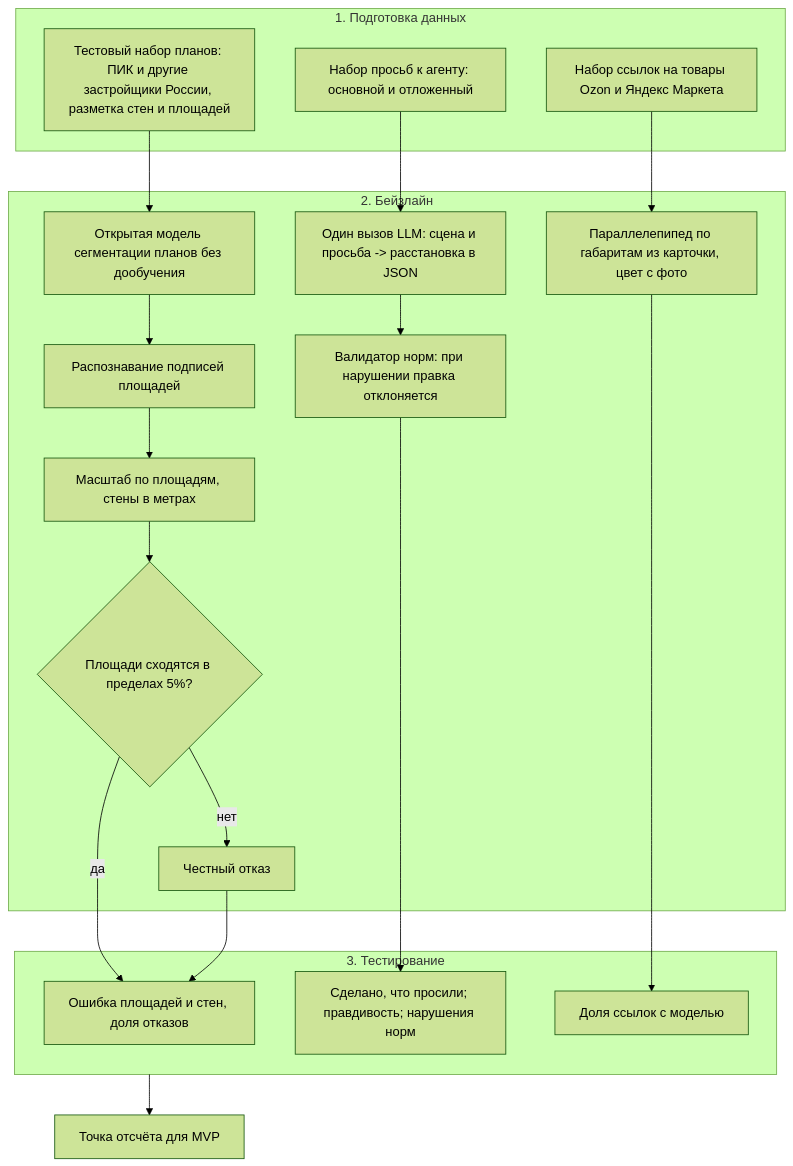
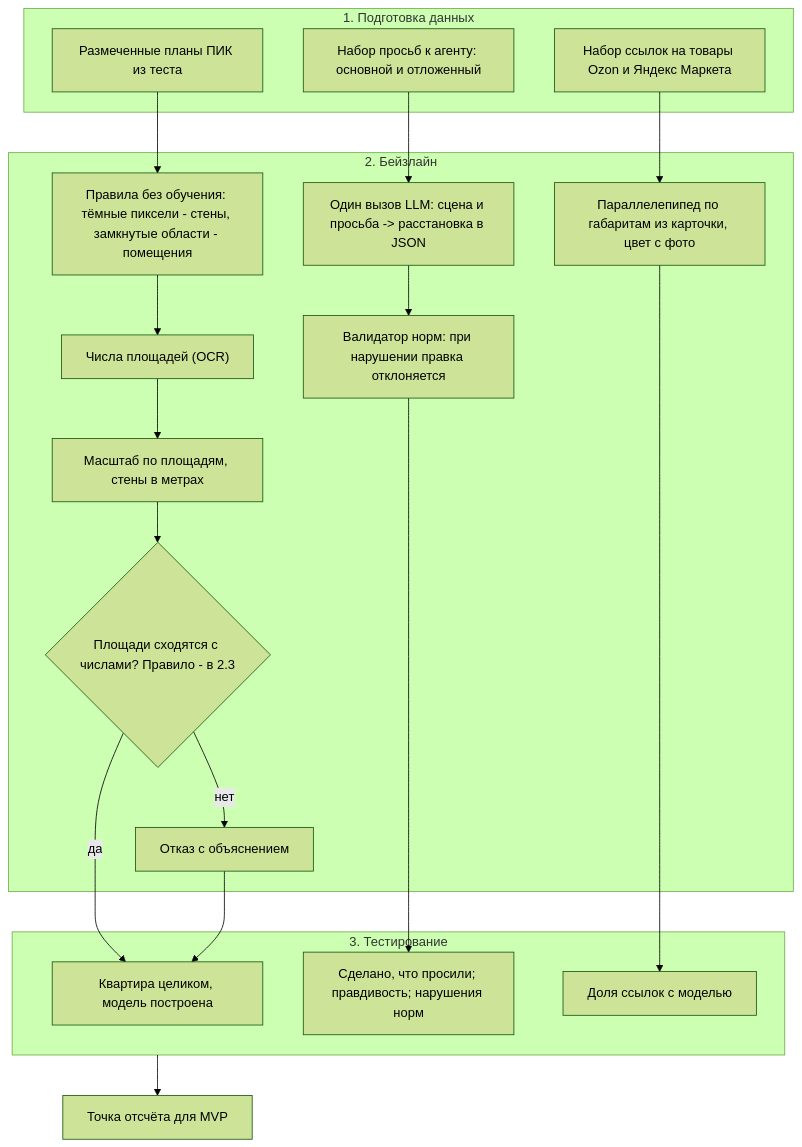
The first of 2 diagrams in docs/ml_system_design_doc.md (dpGorbunov/svoya-planirovka-mlsd), drawn with Mermaid (forest theme) before and after one commit. The commit also changed other lines of this file and 4 other files, not shown here.

````diff
--- a/docs/ml_system_design_doc.md
+++ b/docs/ml_system_design_doc.md
@@ -201,27 +285,27 @@
 ```mermaid
 flowchart TD
   subgraph D["1. Подготовка данных"]
-    D1["Тестовый набор планов: ПИК и другие застройщики России, разметка стен и площадей"]
+    D1["Размеченные планы ПИК из теста"]
     D2["Набор просьб к агенту: основной и отложенный"]
     D3["Набор ссылок на товары Ozon и Яндекс Маркета"]
   end
   subgraph M["2. Бейзлайн"]
-    M1["Открытая модель сегментации планов без дообучения"] --> M2["Распознавание подписей площадей"] --> M3["Масштаб по площадям, стены в метрах"] --> M7{"Площади сходятся в пределах 5%?"}
-    M7 -->|нет| M8["Честный отказ"]
+    M1["Правила без обучения: тёмные пиксели - стены, замкнутые области - помещения"] --> M2["Числа площадей (OCR)"] --> M3["Масштаб по площадям, стены в метрах"] --> M7{"Площади сходятся с числами? Правило - в 2.3"}
+    M7 -->|нет| M8["Отказ с объяснением"]
     M4["Один вызов LLM: сцена и просьба -> расстановка в JSON"] --> M5["Валидатор норм: при нарушении правка отклоняется"]
     M6["Параллелепипед по габаритам из карточки, цвет с фото"]
   end
   subgraph T["3. Тестирование"]
-    T1["Ошибка площадей и стен, доля отказов"]
+    T1["Квартира целиком, модель построена"]
     T2["Сделано, что просили; правдивость; нарушения норм"]
     T3["Доля ссылок с моделью"]
   end
   D1 --> M1
   D2 --> M4
   D3 --> M6
   M7 -->|да| T1
   M8 --> T1
   M5 --> T2
   M6 --> T3
   T --> R["Точка отсчёта для MVP"]
 ```
````
